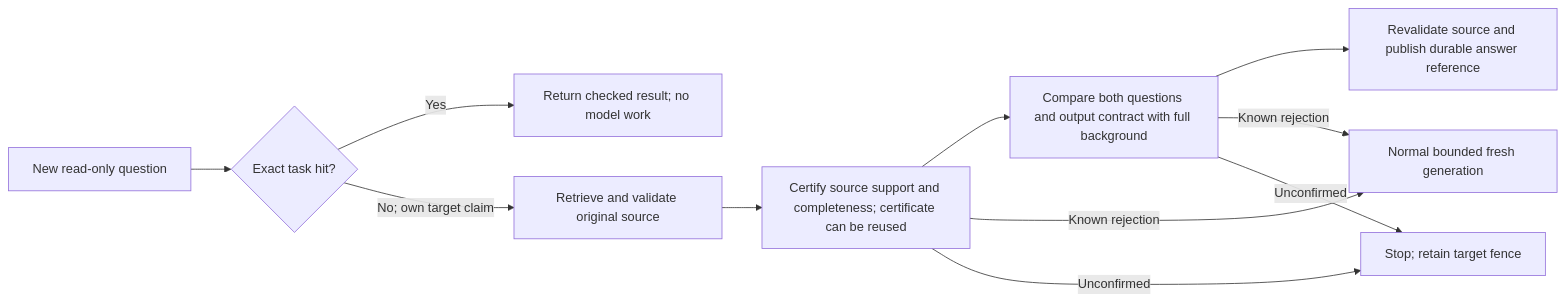
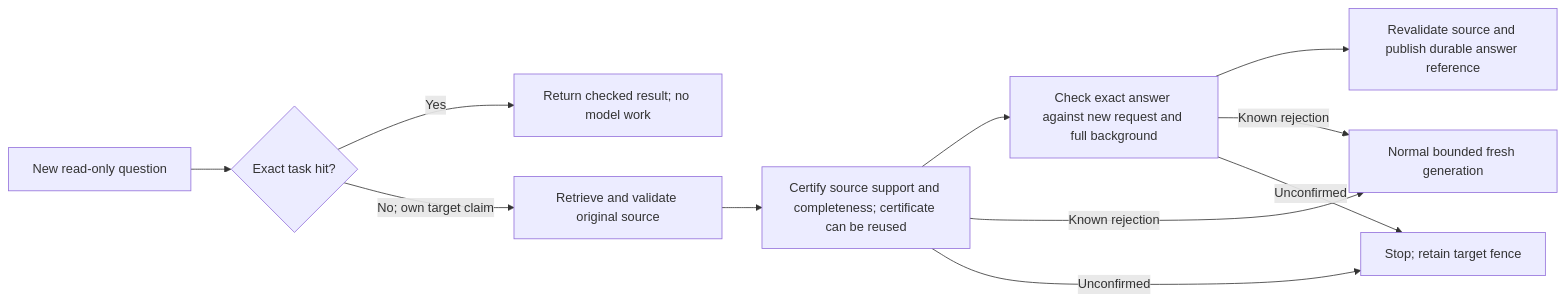
One commit to spfuzzylink/questlock changed the first of 3 diagrams in docs/architecture.md. Above: the diagram before and after it, drawn with Mermaid. The commit also changed other lines of this file and 8 other files, not shown here.

````diff
--- a/docs/architecture.md
+++ b/docs/architecture.md
@@ -52,13 +52,13 @@
 ```mermaid
 flowchart LR
     Q[New read-only question] --> E{Exact task hit?}
     E -->|Yes| R[Return checked result; no model work]
     E -->|No; own target claim| S[Retrieve and validate original source]
     S --> C[Certify source support and completeness; certificate can be reused]
-    C --> P[Compare both questions and output contract with full background]
+    C --> P[Check exact answer against new request and full background]
     P --> V[Revalidate source and publish durable answer reference]
     P -->|Known rejection| F[Normal bounded fresh generation]
     C -->|Known rejection| F
     C -->|Unconfirmed| U[Stop; retain target fence]
     P -->|Unconfirmed| U
 ```
````
